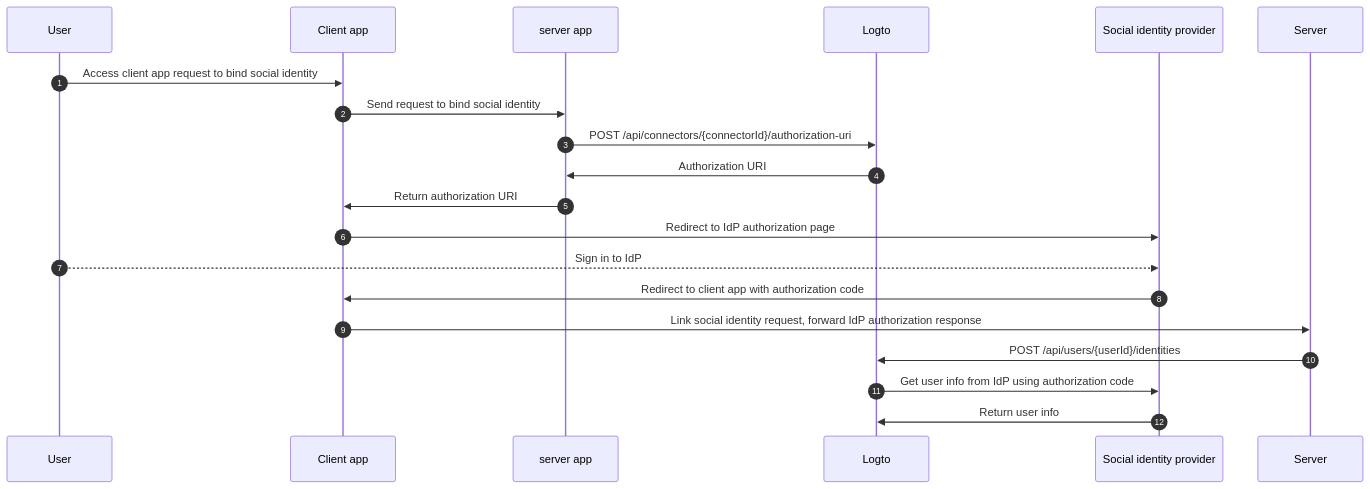
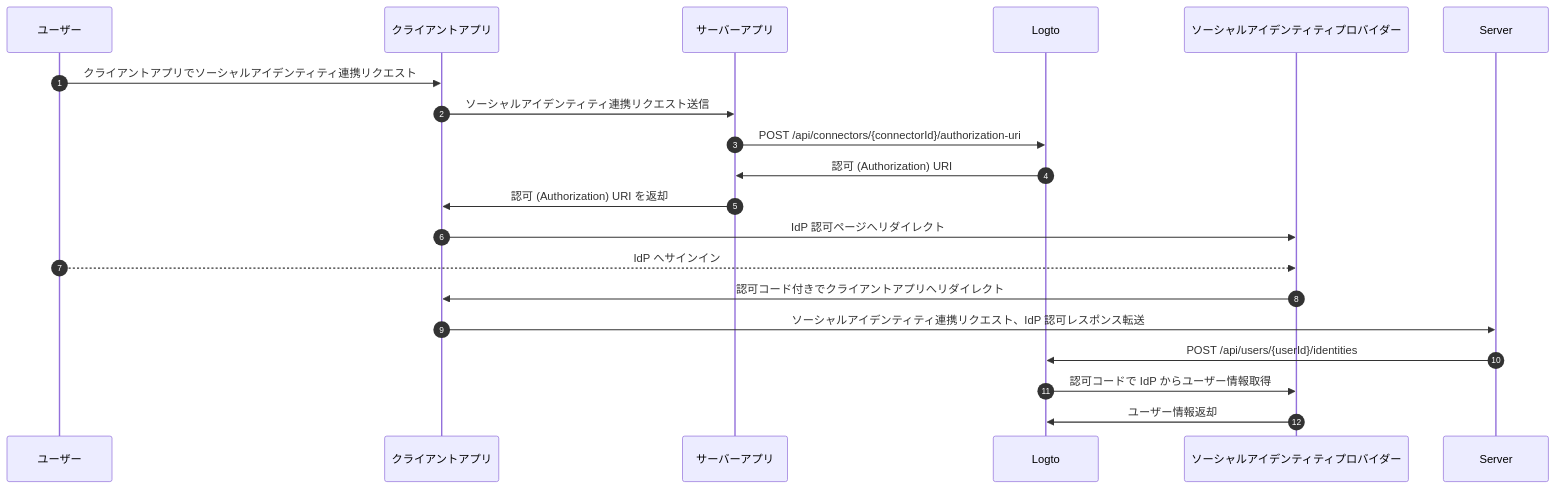
Before and after one commit to logto-io/docs: the third of 3 diagrams in i18n/ja/docusaurus-plugin-content-docs/current/end-user-flows/account-settings/by-management-api.mdx, drawn with Mermaid. The commit also changed other lines of this file and 162 other files, not shown here.

````diff
--- a/i18n/ja/docusaurus-plugin-content-docs/current/end-user-flows/account-settings/by-management-api.mdx
+++ b/i18n/ja/docusaurus-plugin-content-docs/current/end-user-flows/account-settings/by-management-api.mdx
@@ -120,22 +120,22 @@
 ```mermaid
 sequenceDiagram
     autoNumber
-    participant User as User
-    participant Client as Client app
-    participant App as server app
+    participant User as ユーザー
+    participant Client as クライアントアプリ
+    participant App as サーバーアプリ
     participant Logto as Logto
-    participant IdP as Social identity provider
+    participant IdP as ソーシャルアイデンティティプロバイダー
 
-    User ->> Client: Access client app request to bind social identity
-    Client ->> App: Send request to bind social identity
+    User ->> Client: クライアントアプリでソーシャルアイデンティティ連携リクエスト
+    Client ->> App: ソーシャルアイデンティティ連携リクエスト送信
     App ->> Logto: POST /api/connectors/{connectorId}/authorization-uri
-    Logto ->> App: Authorization URI
-    App ->> Client: Return authorization URI
-    Client ->> IdP: Redirect to IdP authorization page
-    User -->> IdP: Sign in to IdP
-    IdP ->> Client: Redirect to client app with authorization code
-    Client ->> Server: Link social identity request, forward IdP authorization response
+    Logto ->> App: 認可 (Authorization) URI
+    App ->> Client: 認可 (Authorization) URI を返却
+    Client ->> IdP: IdP 認可ページへリダイレクト
+    User -->> IdP: IdP へサインイン
+    IdP ->> Client: 認可コード付きでクライアントアプリへリダイレクト
+    Client ->> Server: ソーシャルアイデンティティ連携リクエスト、IdP 認可レスポンス転送
     Server ->> Logto: POST /api/users/{userId}/identities
-    Logto ->> IdP: Get user info from IdP using authorization code
-    IdP ->> Logto: Return user info
+    Logto ->> IdP: 認可コードで IdP からユーザー情報取得
+    IdP ->> Logto: ユーザー情報返却
 ```
````
